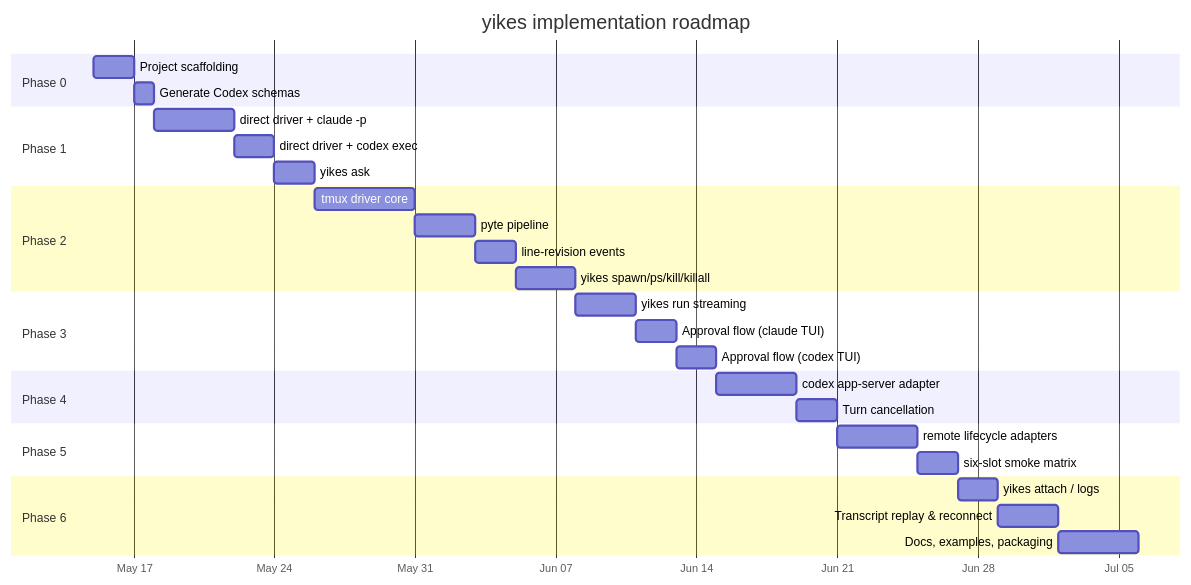
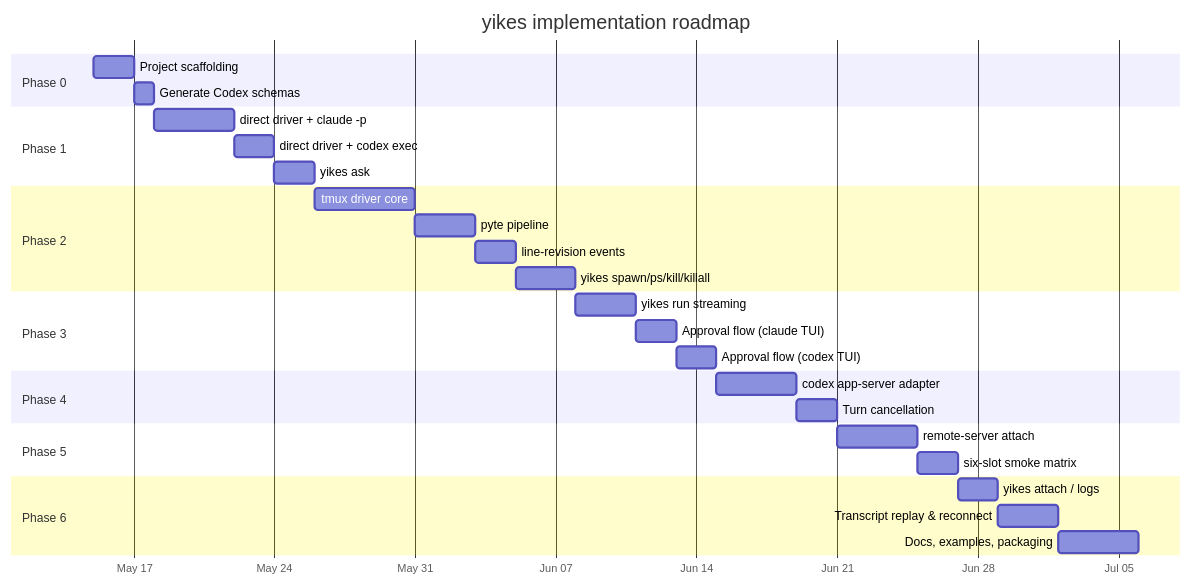
The diagram in docs/roadmap.md (Alyxion/yikes), drawn with Mermaid before and after one commit. The commit also changed other lines of this file and 40 other files, not shown here.

````diff
--- a/docs/roadmap.md
+++ b/docs/roadmap.md
@@ -7,32 +7,32 @@
 ```mermaid
 gantt
     title yikes implementation roadmap
     dateFormat YYYY-MM-DD
     axisFormat %b %d
     section Phase 0
     Project scaffolding           :p0a, 2026-05-15, 2d
     Generate Codex schemas        :p0b, after p0a, 1d
     section Phase 1
     direct driver + claude -p     :p1a, after p0b, 4d
     direct driver + codex exec    :p1b, after p1a, 2d
     yikes ask                     :p1c, after p1b, 2d
     section Phase 2
     tmux driver core              :p2a, after p1c, 5d
     pyte pipeline                 :p2b, after p2a, 3d
     line-revision events          :p2c, after p2b, 2d
     yikes spawn/ps/kill/killall   :p2d, after p2c, 3d
     section Phase 3
     yikes run streaming           :p3a, after p2d, 3d
     Approval flow (claude TUI)    :p3b, after p3a, 2d
     Approval flow (codex TUI)     :p3c, after p3b, 2d
     section Phase 4
     codex app-server adapter      :p4a, after p3c, 4d
     Turn cancellation             :p4b, after p4a, 2d
     section Phase 5
-    remote lifecycle adapters     :p5a, after p4b, 4d
+    remote-server attach          :p5a, after p4b, 4d
     six-slot smoke matrix         :p5b, after p5a, 2d
     section Phase 6
     yikes attach / logs           :p6a, after p5b, 2d
     Transcript replay & reconnect :p6b, after p6a, 3d
     Docs, examples, packaging     :p6c, after p6b, 4d
 ```
````
